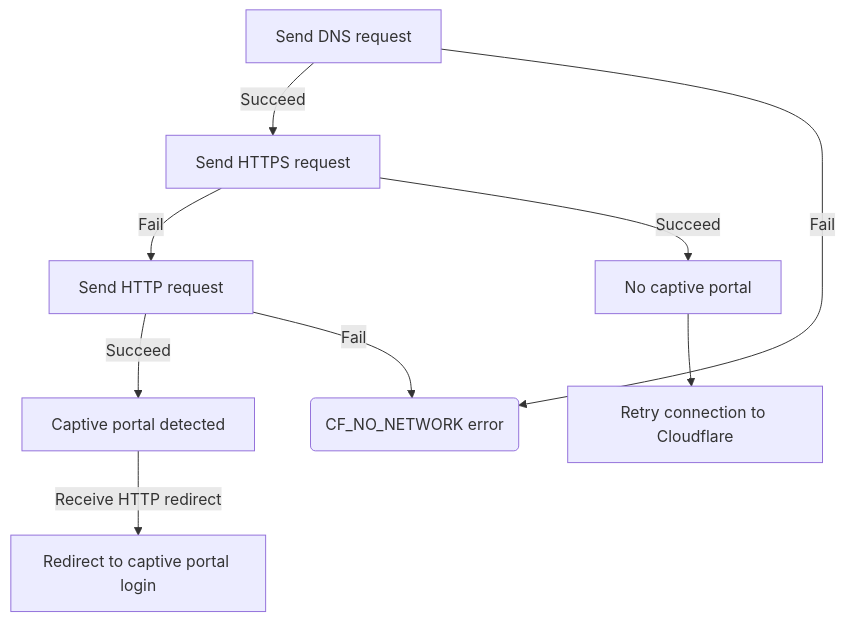
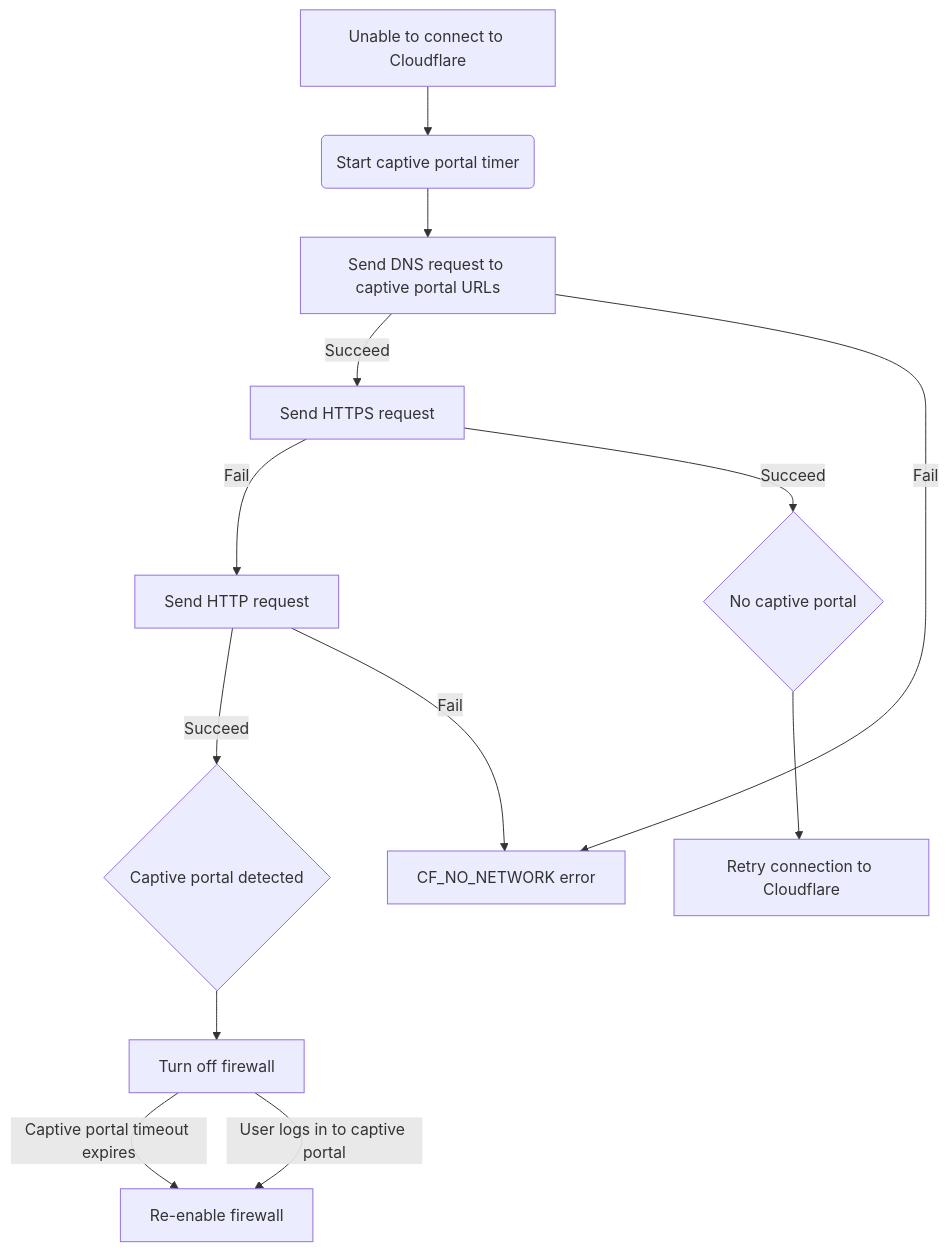
Before and after one commit to watcharasima/cloudflare-docs: the diagram in src/content/docs/cloudflare-one/connections/connect-devices/warp/configure-warp/warp-settings/captive-portals.mdx, drawn with Mermaid. The commit also changed other lines of this file, not shown here.

````diff
--- a/src/content/docs/cloudflare-one/connections/connect-devices/warp/configure-warp/warp-settings/captive-portals.mdx
+++ b/src/content/docs/cloudflare-one/connections/connect-devices/warp/configure-warp/warp-settings/captive-portals.mdx
@@ -39,10 +30,12 @@
 ```mermaid
 flowchart TB
 accTitle: Captive portal detection
 
-
-A[Send DNS request] -- Succeed --> B[Send HTTPS request]-- Fail --> C[Send HTTP request] -- Succeed --> D[Captive portal detected]-- Receive HTTP redirect -->I[Redirect to captive portal login]
-A -- Fail --> F(CF_NO_NETWORK error)
-C -- Fail --> F
-B -- Succeed --> G[No captive portal]--> H[Retry connection to Cloudflare]
+start[Unable to connect to Cloudflare] --> timerstart(Start captive portal timer)
+timerstart-->dns[Send DNS request to captive portal URLs] -- Succeed --> https[Send HTTPS request]-- Fail --> http[Send HTTP request] -- Succeed --> detected{Captive portal detected}-->open[Turn off firewall]
+open--Captive portal timeout expires--> close[Re-enable firewall]
+open--User logs in to captive portal--> close[Re-enable firewall]
+dns -- Fail --> error[CF_NO_NETWORK error]
+http -- Fail --> error
+https -- Succeed --> noportal{No captive portal}--> retry[Retry connection to Cloudflare]
 ```
````
